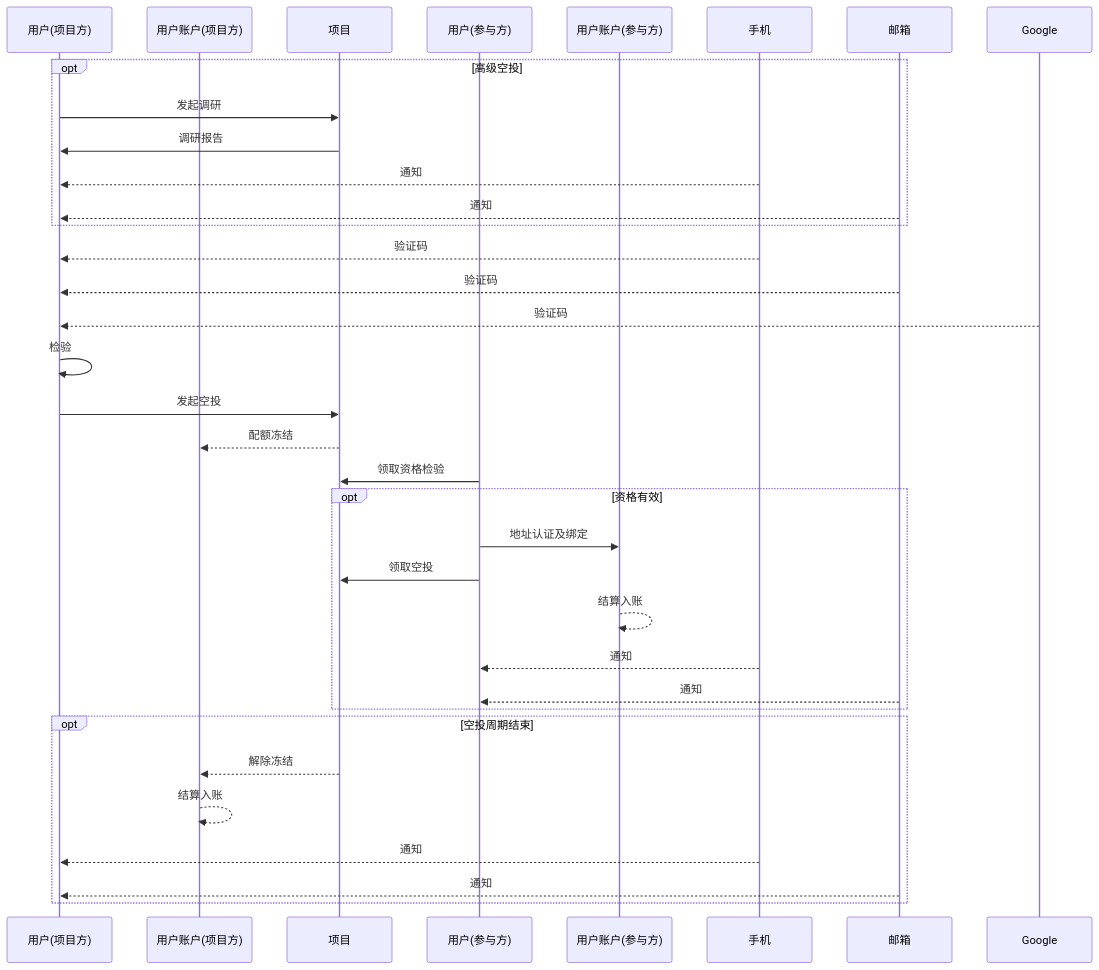
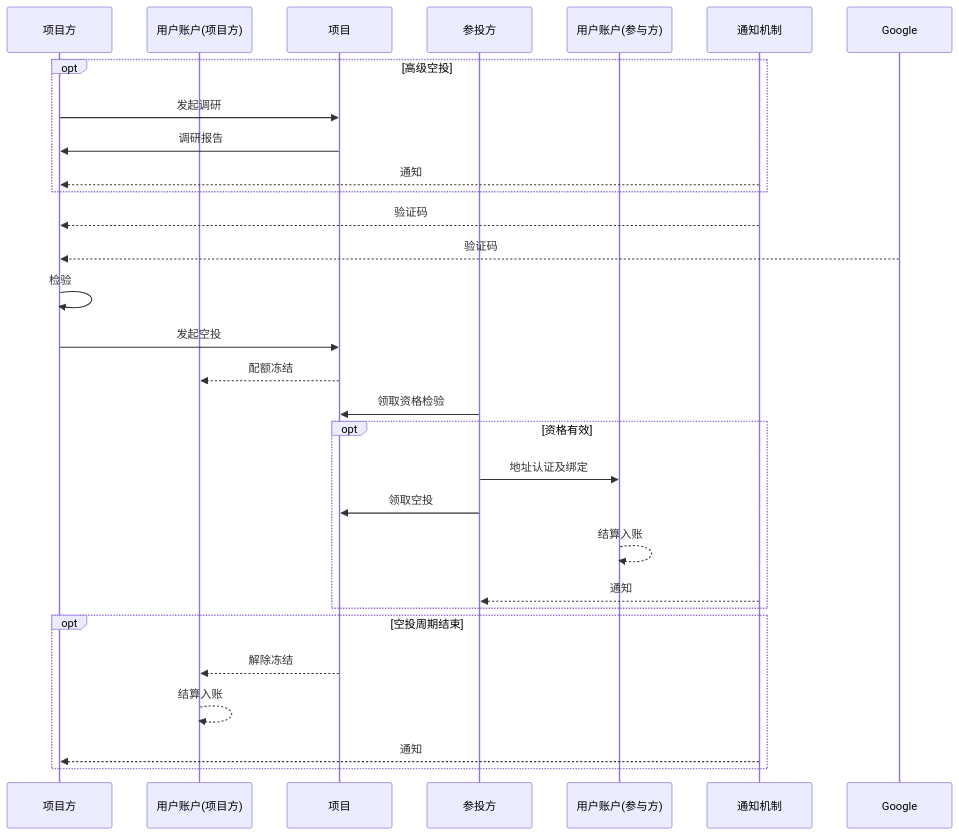
One commit to neomaclin/designdoc changed diagram 15 of 15 in Readme.md. Above: the diagram before and after it, drawn with Mermaid. The commit also changed other lines of this file, not shown here.

````diff
--- a/Readme.md
+++ b/Readme.md
@@ -375,38 +368,33 @@
 ```mermaid
     sequenceDiagram
-    participant u1 as 用户(项目方)
+    participant u1 as 项目方
     participant a1 as 用户账户(项目方)
     participant pr as 项目
-    participant u2 as 用户(参与方)
+    participant u2 as 参投方
     participant a2 as 用户账户(参与方)
-    participant p as 手机
-    participant m as 邮箱
+    participant n as 通知机制
     participant g as Google
 
     opt 高级空投
         u1->>pr: 发起调研
         pr->>u1: 调研报告
-        p-->>u1: 通知
-        m-->>u1: 通知
+        n-->>u1: 通知
     end 
-    p-->>u1: 验证码
-    m-->>u1: 验证码
+    n-->>u1: 验证码
     g-->>u1: 验证码
     u1->>u1: 检验
     u1->>pr: 发起空投
     pr-->>a1: 配额冻结
     u2->>pr: 领取资格检验
     opt 资格有效
         u2->>a2: 地址认证及绑定
         u2->>pr: 领取空投
         a2-->>a2: 结算入账
-        p-->>u2: 通知
-        m-->>u2: 通知
+        n-->>u2: 通知
     end
     opt 空投周期结束
         pr-->>a1: 解除冻结
         a1-->>a1: 结算入账
-        p-->>u1: 通知
-        m-->>u1: 通知
+        n-->>u1: 通知
     end
 ```
````
